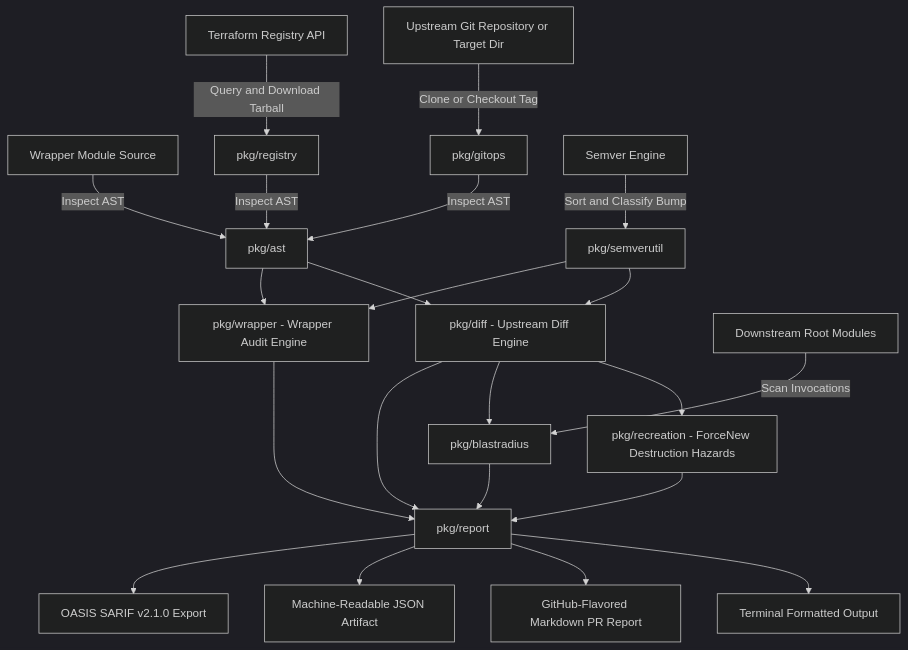
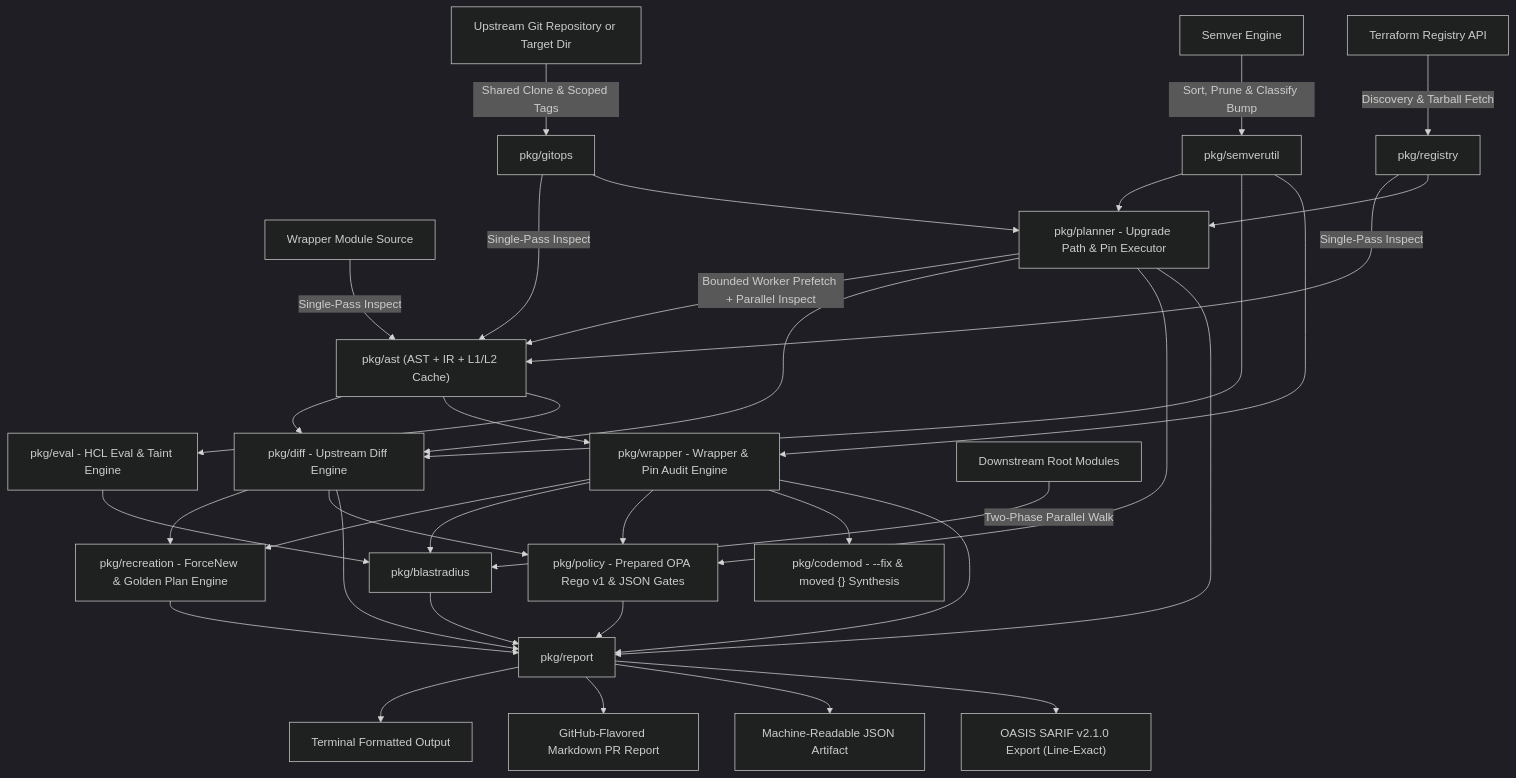
Before and after one commit to 23skdu/terraform_ast: the first of 2 diagrams in docs/architecture.md, drawn with Mermaid (dark theme). The commit also changed other lines of this file and 4 other files, not shown here.

Commit message:
docs: update architecture and documentation with pin-update upgrade path plan executor

````diff
--- a/docs/architecture.md
+++ b/docs/architecture.md
@@ -9,28 +9,44 @@
 ```mermaid
 flowchart TD
-    A["Wrapper Module Source"] -->|"Inspect AST"| B["pkg/ast"]
-    C["Upstream Git Repository or Target Dir"] -->|"Clone or Checkout Tag"| D["pkg/gitops"]
-    R["Terraform Registry API"] -->|"Query and Download Tarball"| REG["pkg/registry"]
-    D -->|"Inspect AST"| B
-    REG -->|"Inspect AST"| B
-    E["Semver Engine"] -->|"Sort and Classify Bump"| F["pkg/semverutil"]
+    A["Wrapper Module Source"] -->|"Single-Pass Inspect"| B["pkg/ast (AST + IR + L1/L2 Cache)"]
+    C["Upstream Git Repository or Target Dir"] -->|"Shared Clone & Scoped Tags"| D["pkg/gitops"]
+    R["Terraform Registry API"] -->|"Discovery & Tarball Fetch"| REG["pkg/registry"]
+    D -->|"Single-Pass Inspect"| B
+    REG -->|"Single-Pass Inspect"| B
+    E["Semver Engine"] -->|"Sort, Prune & Classify Bump"| F["pkg/semverutil"]
+
+    D --> PLAN["pkg/planner - Upgrade Path & Pin Executor"]
+    REG --> PLAN
+    F --> PLAN
+    PLAN -->|"Bounded Worker Prefetch + Parallel Inspect"| B
 
     B --> G["pkg/diff - Upstream Diff Engine"]
-    B --> H["pkg/wrapper - Wrapper Audit Engine"]
-    G --> REC["pkg/recreation - ForceNew Destruction Hazards"]
+    B --> H["pkg/wrapper - Wrapper & Pin Audit Engine"]
+    B --> EVAL["pkg/eval - HCL Eval & Taint Engine"]
+    PLAN --> G
+    G --> REC["pkg/recreation - ForceNew & Golden Plan Engine"]
+    H --> REC
     F --> G
     F --> H
 
-    CONSUMERS["Downstream Root Modules"] -->|"Scan Invocations"| BR["pkg/blastradius"]
-    G --> BR
+    CONSUMERS["Downstream Root Modules"] -->|"Two-Phase Parallel Walk"| BR["pkg/blastradius"]
+    H --> BR
+    EVAL --> BR
+
+    G --> POL["pkg/policy - Prepared OPA Rego v1 & JSON Gates"]
+    H --> POL
+    PLAN --> POL
+    H --> CM["pkg/codemod - --fix & moved {} Synthesis"]
 
     G --> I["pkg/report"]
     H --> I
+    PLAN --> I
     REC --> I
     BR --> I
+    POL --> I
 
     I --> J["Terminal Formatted Output"]
     I --> K["GitHub-Flavored Markdown PR Report"]
     I --> L["Machine-Readable JSON Artifact"]
-    I --> SARIF["OASIS SARIF v2.1.0 Export"]
+    I --> SARIF["OASIS SARIF v2.1.0 Export (Line-Exact)"]
 ```
````
